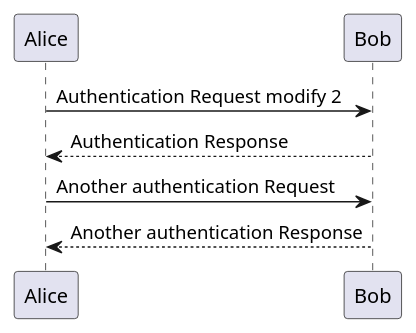
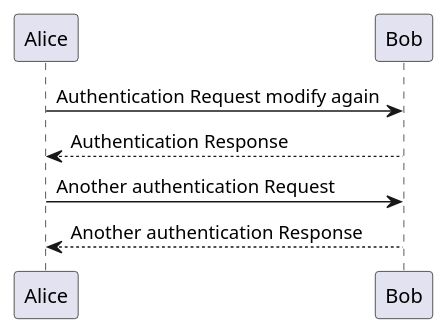
One commit to Rodwan-Bakkar/test-plantuml changed the diagram in test.puml. Above: the diagram before and after it, drawn with PlantUML.

```diff
--- a/test.puml
+++ b/test.puml
@@ -1,7 +1,7 @@
 @startuml
-Alice -> Bob: Authentication Request modify 2
+Alice -> Bob: Authentication Request modify again
 Bob --> Alice: Authentication Response
 
 Alice -> Bob: Another authentication Request
 Alice <-- Bob: Another authentication Response
 @enduml
```
